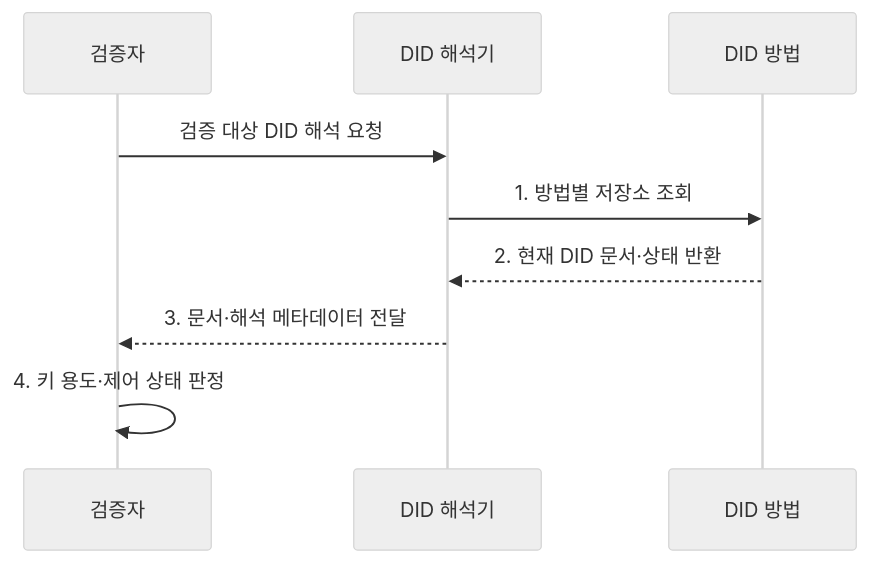
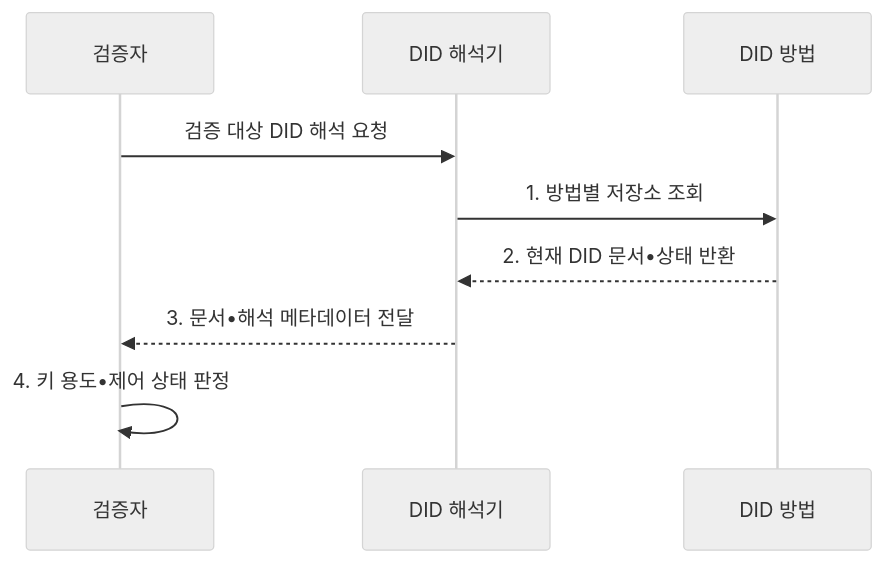
Before and after one commit to agnusdei1207/knowledge-base: the second of 2 diagrams in src/content/docs/notes/05-security/068_w3c_did.md, drawn with Mermaid (neutral theme). The commit also changed other lines of this file and 953 other files, not shown here.

````diff
--- a/src/content/docs/notes/05-security/068_w3c_did.md
+++ b/src/content/docs/notes/05-security/068_w3c_did.md
@@ -95,11 +95,11 @@
 ```mermaid
 sequenceDiagram
     participant V as 검증자
     participant R as DID 해석기
     participant M as DID 방법
     V->>R: 검증 대상 DID 해석 요청
     R->>M: 1. 방법별 저장소 조회
-    M-->>R: 2. 현재 DID 문서·상태 반환
-    R-->>V: 3. 문서·해석 메타데이터 전달
-    V->>V: 4. 키 용도·제어 상태 판정
+    M-->>R: 2. 현재 DID 문서•상태 반환
+    R-->>V: 3. 문서•해석 메타데이터 전달
+    V->>V: 4. 키 용도•제어 상태 판정
 ```
````
